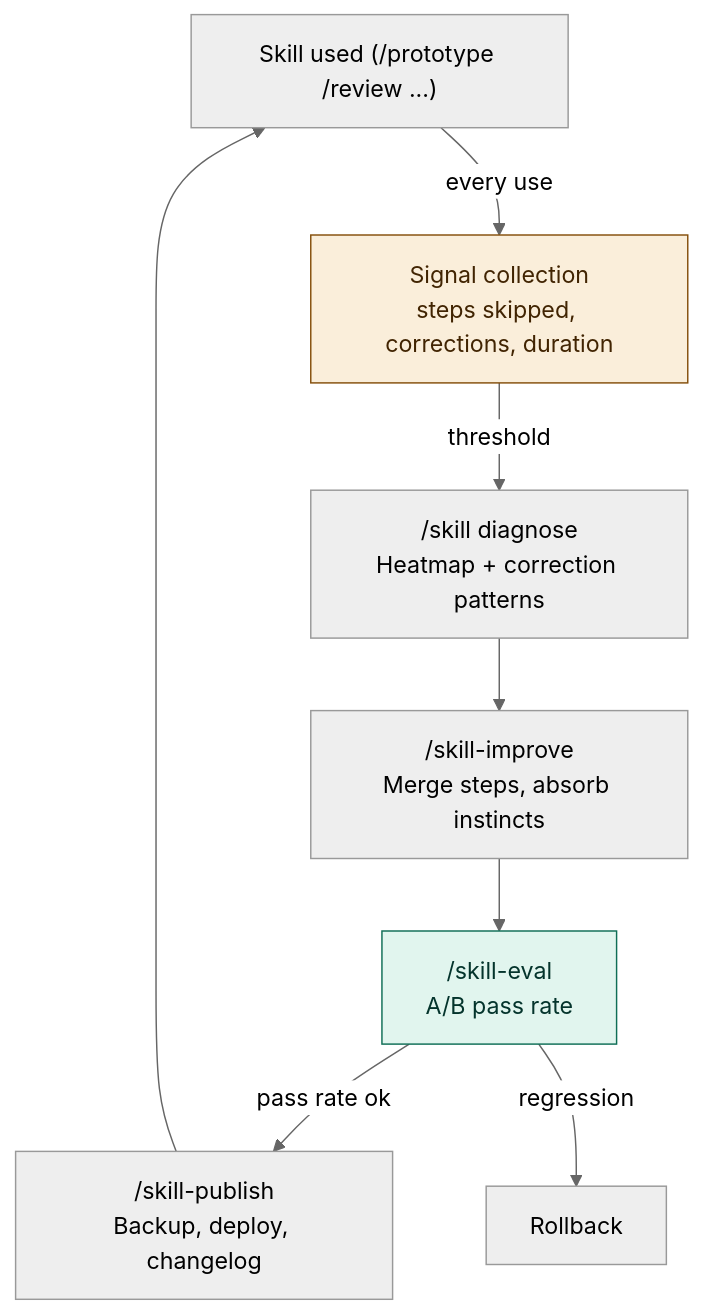
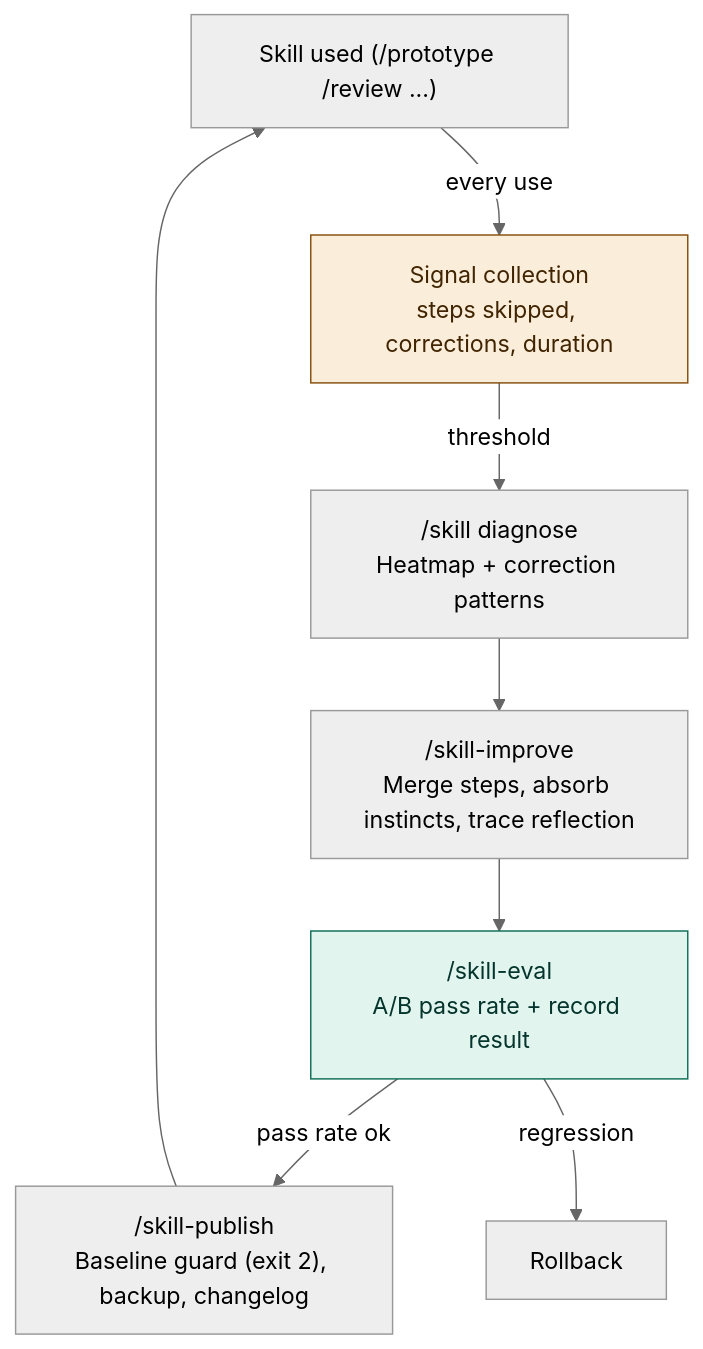
One commit to songuu/tech-persistence changed the fourth of 6 diagrams in README.md. Above: the diagram before and after it, drawn with Mermaid (neutral theme). The commit also changed other lines of this file and 52 other files, not shown here.

First line of the commit message:
feat: implement skill trace-aware reflection and baseline guard for skill publishing

````diff
--- a/README.md
+++ b/README.md
@@ -132,20 +132,20 @@
 ```mermaid
 flowchart TD
     USE["Skill used (/prototype /review ...)"]
     SIG["Signal collection<br/>steps skipped, corrections, duration"]
     DIAG["/skill diagnose<br/>Heatmap + correction patterns"]
-    IMP["/skill-improve<br/>Merge steps, absorb instincts"]
-    EVAL["/skill-eval<br/>A/B pass rate"]
-    PUB["/skill-publish<br/>Backup, deploy, changelog"]
+    IMP["/skill-improve<br/>Merge steps, absorb instincts, trace reflection"]
+    EVAL["/skill-eval<br/>A/B pass rate + record result"]
+    PUB["/skill-publish<br/>Baseline guard (exit 2), backup, changelog"]
 
     USE -->|"every use"| SIG
     SIG -->|"threshold"| DIAG
     DIAG --> IMP
     IMP --> EVAL
     EVAL -->|"pass rate ok"| PUB
     EVAL -->|"regression"| ROLL["Rollback"]
     PUB --> USE
 
     style SIG fill:#FAEEDA,stroke:#854F0B,color:#412402
     style EVAL fill:#E1F5EE,stroke:#0F6E56,color:#04342C
 ```
````
